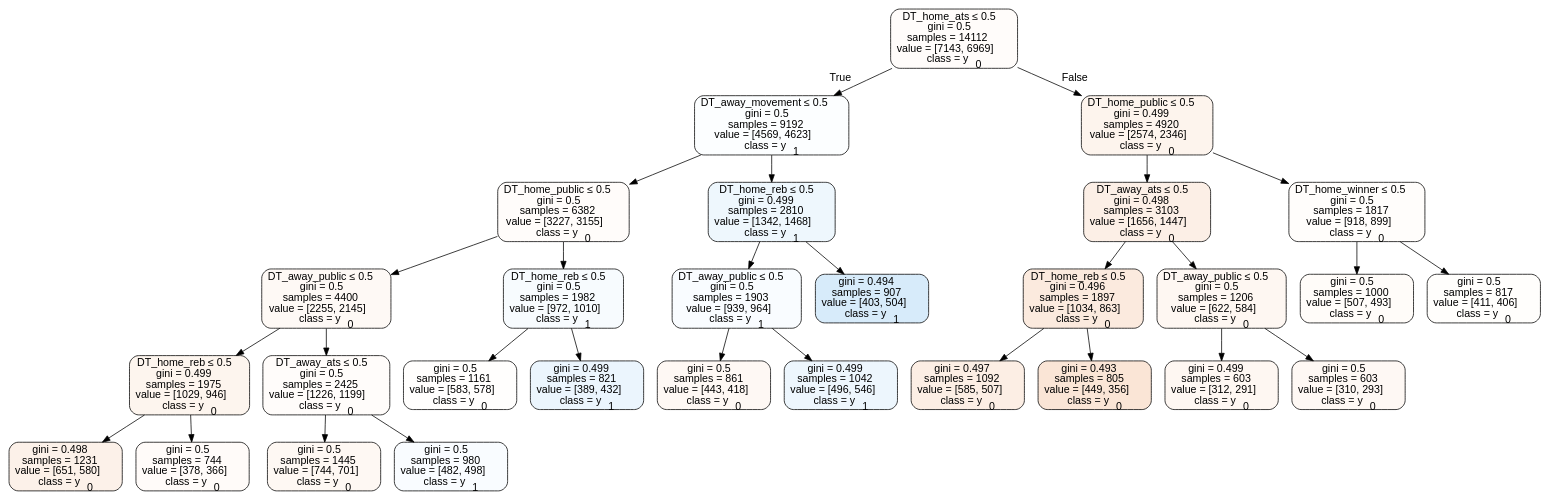
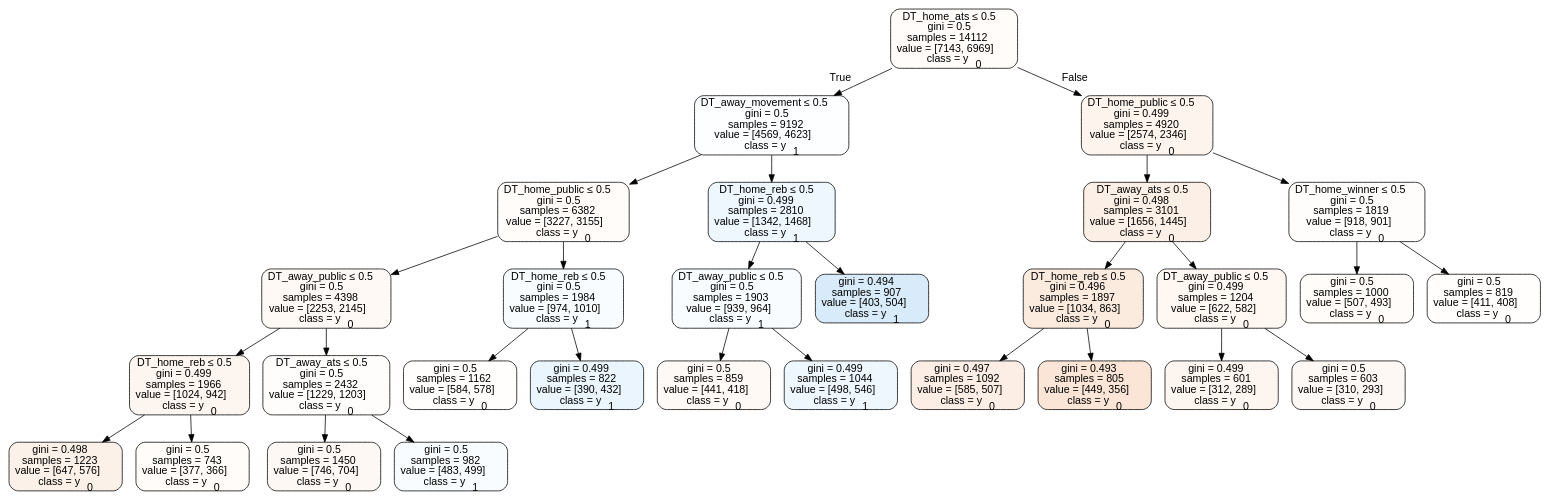
Before and after one commit to usbogie/ncaa-bets: the diagram in Basketball/data/trees/tree2014home.dot, drawn with Graphviz. The commit also changed 24 other files, not shown here.

```diff
--- a/Basketball/data/trees/tree2014home.dot
+++ b/Basketball/data/trees/tree2014home.dot
@@ -1,61 +1,61 @@
 digraph Tree {
 node [shape=box, style="filled, rounded", color="black", fontname=helvetica] ;
 edge [fontname=helvetica] ;
 0 [label=<DT_home_ats &le; 0.5<br/>gini = 0.5<br/>samples = 14112<br/>value = [7143, 6969]<br/>class = y<SUB>0</SUB>>, fillcolor="#e5813906"] ;
 1 [label=<DT_away_movement &le; 0.5<br/>gini = 0.5<br/>samples = 9192<br/>value = [4569, 4623]<br/>class = y<SUB>1</SUB>>, fillcolor="#399de503"] ;
 0 -> 1 [labeldistance=2.5, labelangle=45, headlabel="True"] ;
 2 [label=<DT_home_public &le; 0.5<br/>gini = 0.5<br/>samples = 6382<br/>value = [3227, 3155]<br/>class = y<SUB>0</SUB>>, fillcolor="#e5813906"] ;
 1 -> 2 ;
-3 [label=<DT_away_public &le; 0.5<br/>gini = 0.5<br/>samples = 4400<br/>value = [2255, 2145]<br/>class = y<SUB>0</SUB>>, fillcolor="#e581390c"] ;
+3 [label=<DT_away_public &le; 0.5<br/>gini = 0.5<br/>samples = 4398<br/>value = [2253, 2145]<br/>class = y<SUB>0</SUB>>, fillcolor="#e581390c"] ;
 2 -> 3 ;
-4 [label=<DT_home_reb &le; 0.5<br/>gini = 0.499<br/>samples = 1975<br/>value = [1029, 946]<br/>class = y<SUB>0</SUB>>, fillcolor="#e5813915"] ;
+4 [label=<DT_home_reb &le; 0.5<br/>gini = 0.499<br/>samples = 1966<br/>value = [1024, 942]<br/>class = y<SUB>0</SUB>>, fillcolor="#e5813914"] ;
 3 -> 4 ;
-5 [label=<gini = 0.498<br/>samples = 1231<br/>value = [651, 580]<br/>class = y<SUB>0</SUB>>, fillcolor="#e581391c"] ;
+5 [label=<gini = 0.498<br/>samples = 1223<br/>value = [647, 576]<br/>class = y<SUB>0</SUB>>, fillcolor="#e581391c"] ;
 4 -> 5 ;
-6 [label=<gini = 0.5<br/>samples = 744<br/>value = [378, 366]<br/>class = y<SUB>0</SUB>>, fillcolor="#e5813908"] ;
+6 [label=<gini = 0.5<br/>samples = 743<br/>value = [377, 366]<br/>class = y<SUB>0</SUB>>, fillcolor="#e5813907"] ;
 4 -> 6 ;
-7 [label=<DT_away_ats &le; 0.5<br/>gini = 0.5<br/>samples = 2425<br/>value = [1226, 1199]<br/>class = y<SUB>0</SUB>>, fillcolor="#e5813906"] ;
+7 [label=<DT_away_ats &le; 0.5<br/>gini = 0.5<br/>samples = 2432<br/>value = [1229, 1203]<br/>class = y<SUB>0</SUB>>, fillcolor="#e5813905"] ;
 3 -> 7 ;
-8 [label=<gini = 0.5<br/>samples = 1445<br/>value = [744, 701]<br/>class = y<SUB>0</SUB>>, fillcolor="#e581390f"] ;
+8 [label=<gini = 0.5<br/>samples = 1450<br/>value = [746, 704]<br/>class = y<SUB>0</SUB>>, fillcolor="#e581390e"] ;
 7 -> 8 ;
-9 [label=<gini = 0.5<br/>samples = 980<br/>value = [482, 498]<br/>class = y<SUB>1</SUB>>, fillcolor="#399de508"] ;
+9 [label=<gini = 0.5<br/>samples = 982<br/>value = [483, 499]<br/>class = y<SUB>1</SUB>>, fillcolor="#399de508"] ;
 7 -> 9 ;
-10 [label=<DT_home_reb &le; 0.5<br/>gini = 0.5<br/>samples = 1982<br/>value = [972, 1010]<br/>class = y<SUB>1</SUB>>, fillcolor="#399de50a"] ;
+10 [label=<DT_home_reb &le; 0.5<br/>gini = 0.5<br/>samples = 1984<br/>value = [974, 1010]<br/>class = y<SUB>1</SUB>>, fillcolor="#399de509"] ;
 2 -> 10 ;
-11 [label=<gini = 0.5<br/>samples = 1161<br/>value = [583, 578]<br/>class = y<SUB>0</SUB>>, fillcolor="#e5813902"] ;
+11 [label=<gini = 0.5<br/>samples = 1162<br/>value = [584, 578]<br/>class = y<SUB>0</SUB>>, fillcolor="#e5813903"] ;
 10 -> 11 ;
-12 [label=<gini = 0.499<br/>samples = 821<br/>value = [389, 432]<br/>class = y<SUB>1</SUB>>, fillcolor="#399de519"] ;
+12 [label=<gini = 0.499<br/>samples = 822<br/>value = [390, 432]<br/>class = y<SUB>1</SUB>>, fillcolor="#399de519"] ;
 10 -> 12 ;
 13 [label=<DT_home_reb &le; 0.5<br/>gini = 0.499<br/>samples = 2810<br/>value = [1342, 1468]<br/>class = y<SUB>1</SUB>>, fillcolor="#399de516"] ;
 1 -> 13 ;
 14 [label=<DT_away_public &le; 0.5<br/>gini = 0.5<br/>samples = 1903<br/>value = [939, 964]<br/>class = y<SUB>1</SUB>>, fillcolor="#399de507"] ;
 13 -> 14 ;
-15 [label=<gini = 0.5<br/>samples = 861<br/>value = [443, 418]<br/>class = y<SUB>0</SUB>>, fillcolor="#e581390e"] ;
+15 [label=<gini = 0.5<br/>samples = 859<br/>value = [441, 418]<br/>class = y<SUB>0</SUB>>, fillcolor="#e581390d"] ;
 14 -> 15 ;
-16 [label=<gini = 0.499<br/>samples = 1042<br/>value = [496, 546]<br/>class = y<SUB>1</SUB>>, fillcolor="#399de517"] ;
+16 [label=<gini = 0.499<br/>samples = 1044<br/>value = [498, 546]<br/>class = y<SUB>1</SUB>>, fillcolor="#399de516"] ;
 14 -> 16 ;
 17 [label=<gini = 0.494<br/>samples = 907<br/>value = [403, 504]<br/>class = y<SUB>1</SUB>>, fillcolor="#399de533"] ;
 13 -> 17 ;
 18 [label=<DT_home_public &le; 0.5<br/>gini = 0.499<br/>samples = 4920<br/>value = [2574, 2346]<br/>class = y<SUB>0</SUB>>, fillcolor="#e5813917"] ;
 0 -> 18 [labeldistance=2.5, labelangle=-45, headlabel="False"] ;
-19 [label=<DT_away_ats &le; 0.5<br/>gini = 0.498<br/>samples = 3103<br/>value = [1656, 1447]<br/>class = y<SUB>0</SUB>>, fillcolor="#e5813920"] ;
+19 [label=<DT_away_ats &le; 0.5<br/>gini = 0.498<br/>samples = 3101<br/>value = [1656, 1445]<br/>class = y<SUB>0</SUB>>, fillcolor="#e5813920"] ;
 18 -> 19 ;
 20 [label=<DT_home_reb &le; 0.5<br/>gini = 0.496<br/>samples = 1897<br/>value = [1034, 863]<br/>class = y<SUB>0</SUB>>, fillcolor="#e581392a"] ;
 19 -> 20 ;
 21 [label=<gini = 0.497<br/>samples = 1092<br/>value = [585, 507]<br/>class = y<SUB>0</SUB>>, fillcolor="#e5813922"] ;
 20 -> 21 ;
 22 [label=<gini = 0.493<br/>samples = 805<br/>value = [449, 356]<br/>class = y<SUB>0</SUB>>, fillcolor="#e5813935"] ;
 20 -> 22 ;
-23 [label=<DT_away_public &le; 0.5<br/>gini = 0.5<br/>samples = 1206<br/>value = [622, 584]<br/>class = y<SUB>0</SUB>>, fillcolor="#e5813910"] ;
+23 [label=<DT_away_public &le; 0.5<br/>gini = 0.499<br/>samples = 1204<br/>value = [622, 582]<br/>class = y<SUB>0</SUB>>, fillcolor="#e5813910"] ;
 19 -> 23 ;
-24 [label=<gini = 0.499<br/>samples = 603<br/>value = [312, 291]<br/>class = y<SUB>0</SUB>>, fillcolor="#e5813911"] ;
+24 [label=<gini = 0.499<br/>samples = 601<br/>value = [312, 289]<br/>class = y<SUB>0</SUB>>, fillcolor="#e5813913"] ;
 23 -> 24 ;
 25 [label=<gini = 0.5<br/>samples = 603<br/>value = [310, 293]<br/>class = y<SUB>0</SUB>>, fillcolor="#e581390e"] ;
 23 -> 25 ;
-26 [label=<DT_home_winner &le; 0.5<br/>gini = 0.5<br/>samples = 1817<br/>value = [918, 899]<br/>class = y<SUB>0</SUB>>, fillcolor="#e5813905"] ;
+26 [label=<DT_home_winner &le; 0.5<br/>gini = 0.5<br/>samples = 1819<br/>value = [918, 901]<br/>class = y<SUB>0</SUB>>, fillcolor="#e5813905"] ;
 18 -> 26 ;
 27 [label=<gini = 0.5<br/>samples = 1000<br/>value = [507, 493]<br/>class = y<SUB>0</SUB>>, fillcolor="#e5813907"] ;
 26 -> 27 ;
-28 [label=<gini = 0.5<br/>samples = 817<br/>value = [411, 406]<br/>class = y<SUB>0</SUB>>, fillcolor="#e5813903"] ;
+28 [label=<gini = 0.5<br/>samples = 819<br/>value = [411, 408]<br/>class = y<SUB>0</SUB>>, fillcolor="#e5813902"] ;
 26 -> 28 ;
 }
```
